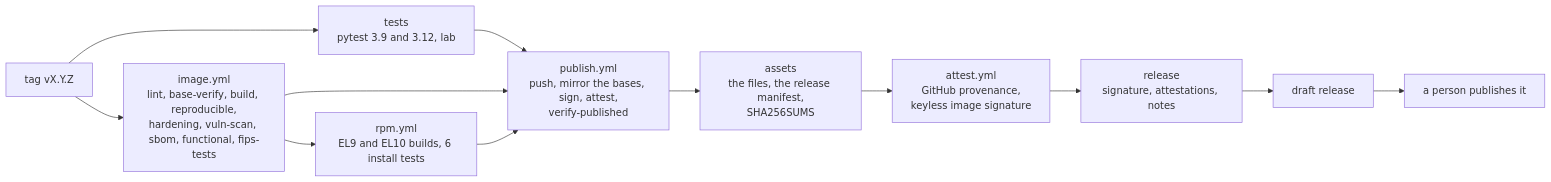
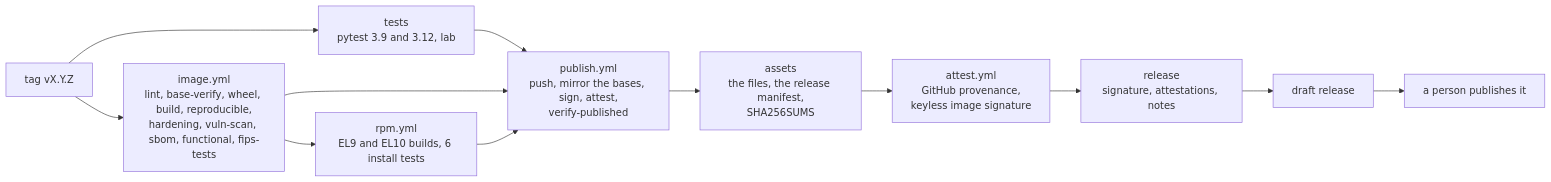
Before and after one commit to JoeHazurmoney/architecture-wiredata-to-log: the diagram in docs/releasing.md, drawn with Mermaid. The commit also changed other lines of this file and 4 other files, not shown here.

First line of the commit message:
build: hash-pinned build tooling for the wheel (#156)

````diff
--- a/docs/releasing.md
+++ b/docs/releasing.md
@@ -16,14 +16,14 @@
 ```mermaid
 flowchart LR
   tag["tag vX.Y.Z"] --> tests["tests<br/>pytest 3.9 and 3.12, lab"]
-  tag --> image["image.yml<br/>lint, base-verify, build, reproducible,<br/>hardening, vuln-scan, sbom, functional, fips-tests"]
+  tag --> image["image.yml<br/>lint, base-verify, wheel, build, reproducible,<br/>hardening, vuln-scan, sbom, functional, fips-tests"]
   image --> rpm["rpm.yml<br/>EL9 and EL10 builds, 6 install tests"]
   tests --> publish["publish.yml<br/>push, mirror the bases, sign, attest,<br/>verify-published"]
   image --> publish
   rpm --> publish
   publish --> assets["assets<br/>the files, the release manifest,<br/>SHA256SUMS"]
   assets --> attest["attest.yml<br/>GitHub provenance,<br/>keyless image signature"]
   attest --> release["release<br/>signature, attestations, notes"]
   release --> draft["draft release"]
   draft --> person["a person publishes it"]
 ```
````
